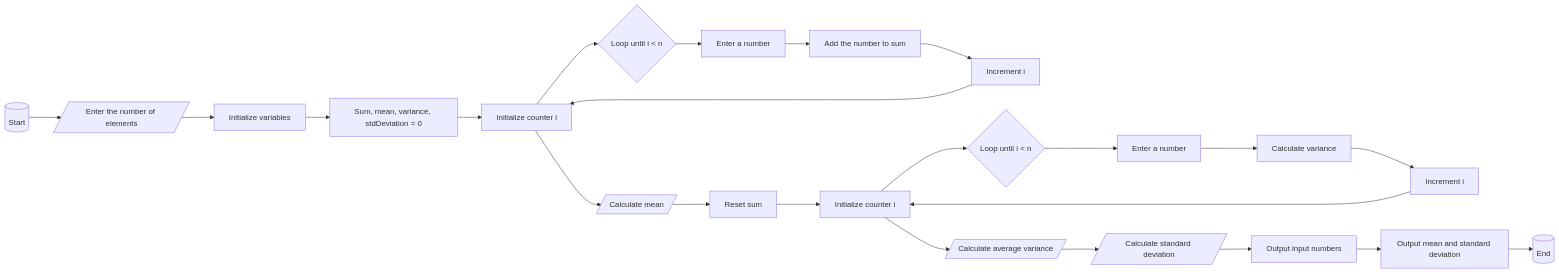
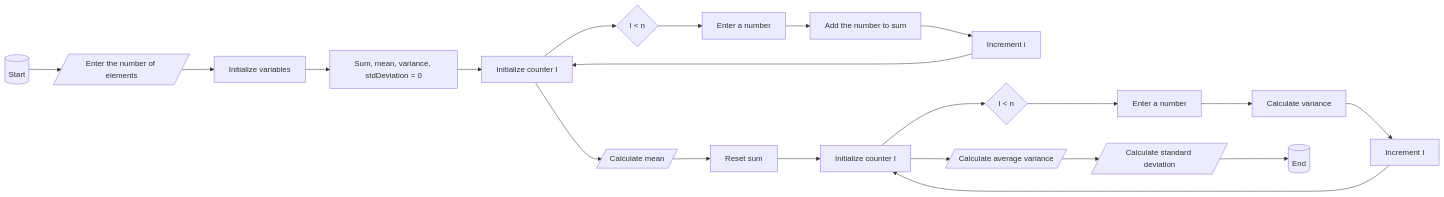
Before and after one commit to Robelermiyas/mermain-practicies: the diagram in readme.md, drawn with Mermaid.

````diff
--- a/readme.md
+++ b/readme.md
@@ -1,34 +1,33 @@
 ```mermaid
 
 graph LR
 A[(Start)] --> B[/Enter the number of elements/]
 B --> C[Initialize variables]
 C --> D[Sum, mean, variance, stdDeviation = 0]
-D --> E[Initialize counter i]
-E --> F{Loop until i < n}
+D --> E[Initialize counter I]
+E --> F{I < n}
 F --> G[Enter a number]
 G --> H[Add the number to sum]
 H --> I[Increment i]
 I --> E
 E --> J[/Calculate mean/]
 J --> K[Reset sum]
-K --> L[Initialize counter i]
-L --> M{Loop until i < n}
+K --> L[Initialize counter I]
+L --> M{I < n}
 M --> N[Enter a number]
 N --> O[Calculate variance]
-O --> P[Increment i]
+O --> P[Increment I]
 P --> L
 L --> Q[/Calculate average variance/]
 Q --> R[/Calculate standard deviation/]
-R --> S[Output input numbers]
-S --> T[Output mean and standard deviation]
-T --> U[(End)]
+R --> S[(End)]
+
 
 
 
 
 
 
 
 
 ``` 
````
